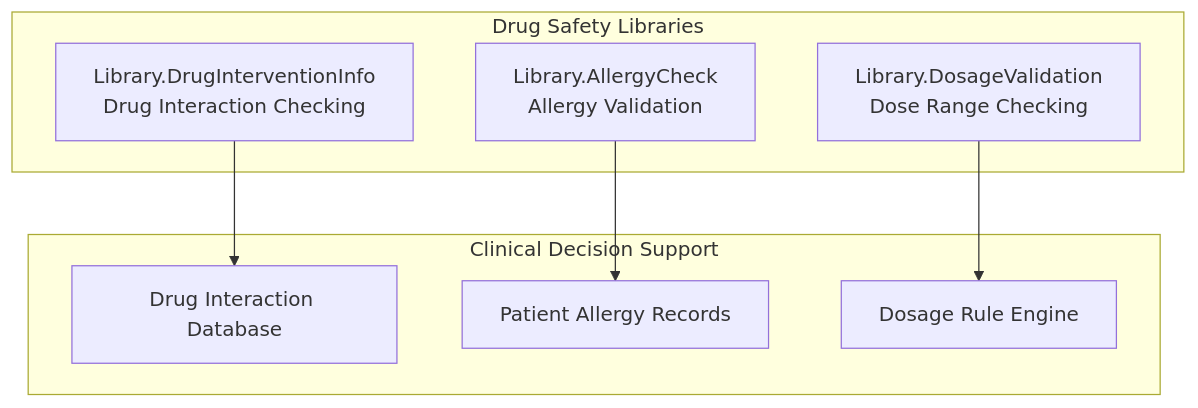
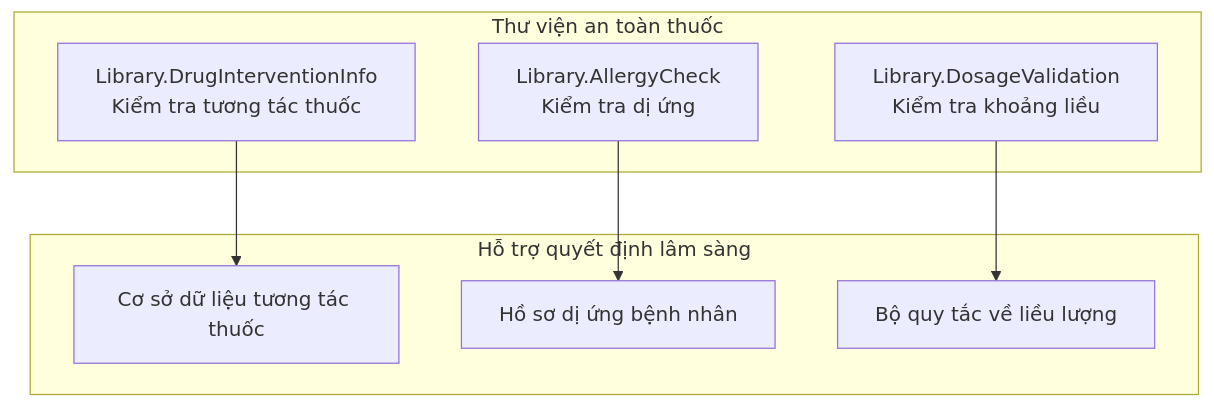
Before and after one commit to thangpnb/HIS: the sixth of 14 diagrams in docs/his-ba-documentation/04-integrations/helper-plugins.md, drawn with Mermaid. The commit also changed other lines of this file and 30 other files, not shown here.

Commit message:
Refactor architecture docs and update translations

````diff
--- a/docs/his-ba-documentation/04-integrations/helper-plugins.md
+++ b/docs/his-ba-documentation/04-integrations/helper-plugins.md
@@ -229,18 +229,18 @@
 ```mermaid
 graph TB
-    subgraph "Drug Safety Libraries"
-        DrugIntervention["Library.DrugInterventionInfo<br/>Drug Interaction Checking"]
-        AllergyCheck["Library.AllergyCheck<br/>Allergy Validation"]
-        DosageValidation["Library.DosageValidation<br/>Dose Range Checking"]
+    subgraph "Thư viện an toàn thuốc"
+        DrugIntervention["Library.DrugInterventionInfo<br/>Kiểm tra tương tác thuốc"]
+        AllergyCheck["Library.AllergyCheck<br/>Kiểm tra dị ứng"]
+        DosageValidation["Library.DosageValidation<br/>Kiểm tra khoảng liều"]
     end
     
-    subgraph "Clinical Decision Support"
-        InteractionDB["Drug Interaction Database"]
-        AllergyDB["Patient Allergy Records"]
-        DosageRules["Dosage Rule Engine"]
+    subgraph "Hỗ trợ quyết định lâm sàng"
+        InteractionDB["Cơ sở dữ liệu tương tác thuốc"]
+        AllergyDB["Hồ sơ dị ứng bệnh nhân"]
+        DosageRules["Bộ quy tắc về liều lượng"]
     end
     
     DrugIntervention --> InteractionDB
     AllergyCheck --> AllergyDB
     DosageValidation --> DosageRules
 ```
````
